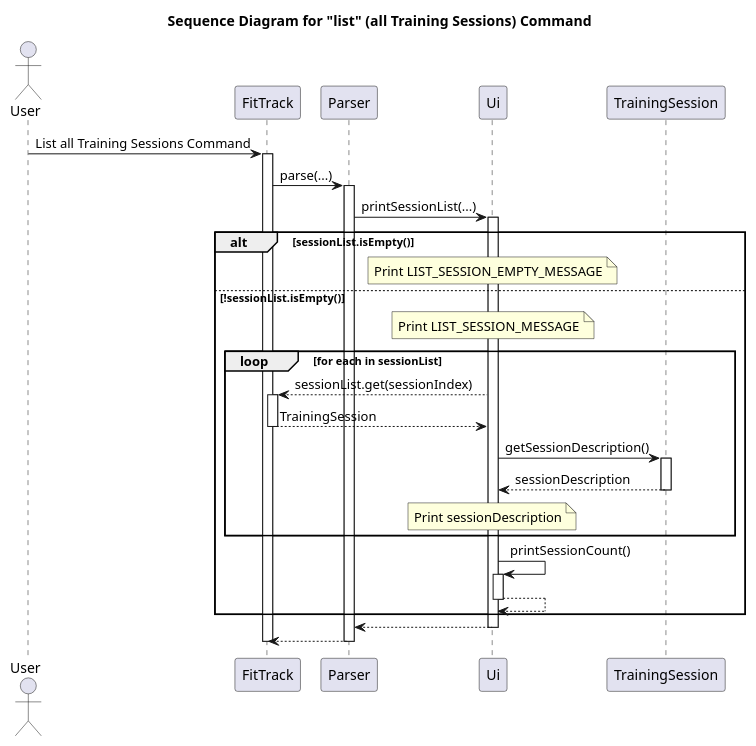
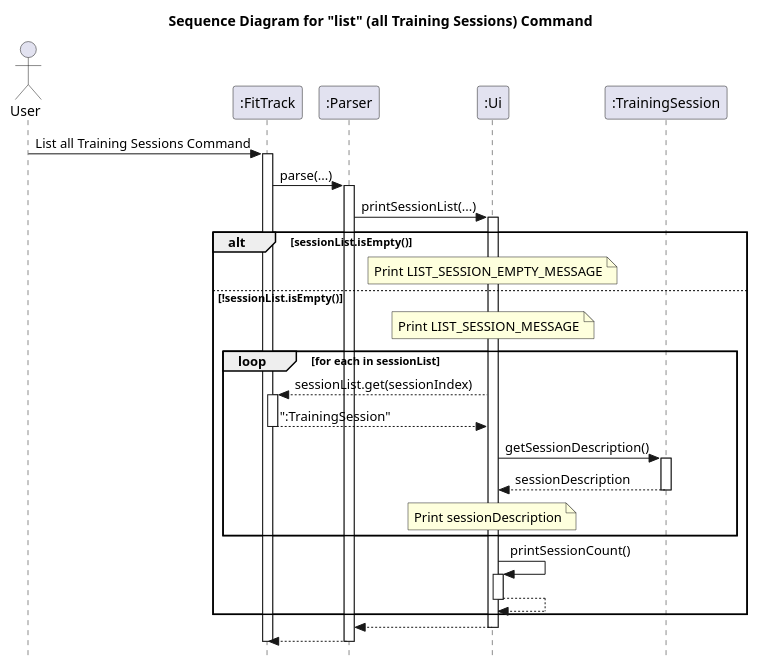
The diagram in docs/Diagrams/Sequence_ListTrainingSessions.puml (nus-cs2113-AY2425S1/tp), drawn with PlantUML before and after one commit. The commit also changed 13 other files, not shown here.

Commit message:
Updated sequence diagrams

```diff
--- a/docs/Diagrams/Sequence_ListTrainingSessions.puml
+++ b/docs/Diagrams/Sequence_ListTrainingSessions.puml
@@ -1,52 +1,53 @@
 @startuml
 title Sequence Diagram for "list" (all Training Sessions) Command
+skinparam style strictuml
 
 actor User
-participant FitTrack
-participant Parser
-participant Ui
-participant TrainingSession
+participant ":FitTrack"
+participant ":Parser"
+participant ":Ui"
+participant ":TrainingSession"
 
-User -> FitTrack: List all Training Sessions Command
-activate FitTrack
-FitTrack -> Parser: parse(...)
-activate Parser
-Parser -> Ui: printSessionList(...)
+User -> ":FitTrack": List all Training Sessions Command
+activate ":FitTrack"
+":FitTrack" -> ":Parser": parse(...)
+activate ":Parser"
+":Parser" -> ":Ui": printSessionList(...)
 
-activate Ui
+activate ":Ui"
 
 alt sessionList.isEmpty()
-    note over Ui
+    note over ":Ui"
         Print LIST_SESSION_EMPTY_MESSAGE
     end note
 else !sessionList.isEmpty()
-    note over Ui
+    note over ":Ui"
         Print LIST_SESSION_MESSAGE
     end note
     loop for each in sessionList
-        Ui --> FitTrack: sessionList.get(sessionIndex)
-        activate FitTrack
-        FitTrack --> Ui: TrainingSession
-        deactivate FitTrack
+        ":Ui" --> ":FitTrack": sessionList.get(sessionIndex)
+        activate ":FitTrack"
+        ":FitTrack" --> ":Ui": ":TrainingSession"
+        deactivate ":FitTrack"
 
-        Ui -> TrainingSession: getSessionDescription()
-        activate TrainingSession
-        TrainingSession --> Ui: sessionDescription
-        deactivate TrainingSession
+        ":Ui" -> ":TrainingSession": getSessionDescription()
+        activate ":TrainingSession"
+        ":TrainingSession" --> ":Ui": sessionDescription
+        deactivate ":TrainingSession"
 
-        note over Ui
+        note over ":Ui"
             Print sessionDescription
         end note
     end
-    Ui -> Ui: printSessionCount()
-    activate Ui
-    Ui --> Ui
-    deactivate Ui
+    ":Ui" -> ":Ui": printSessionCount()
+    activate ":Ui"
+    ":Ui" --> ":Ui"
+    deactivate ":Ui"
 end
-Ui --> Parser
-deactivate Ui
-Parser --> FitTrack
-deactivate Parser
-deactivate FitTrack
+":Ui" --> ":Parser"
+deactivate ":Ui"
+":Parser" --> ":FitTrack"
+deactivate ":Parser"
+deactivate ":FitTrack"
 
 @enduml
```
